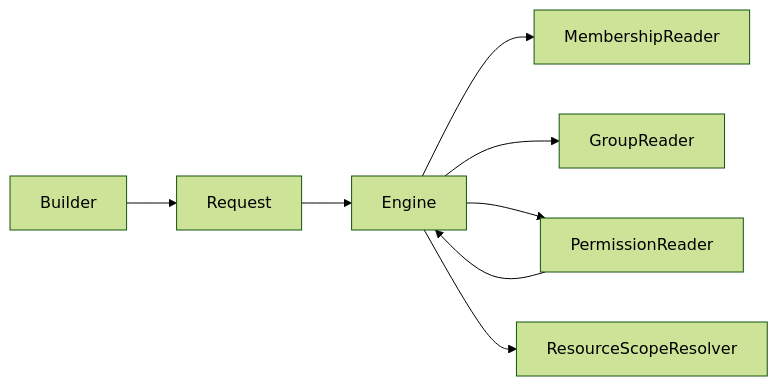
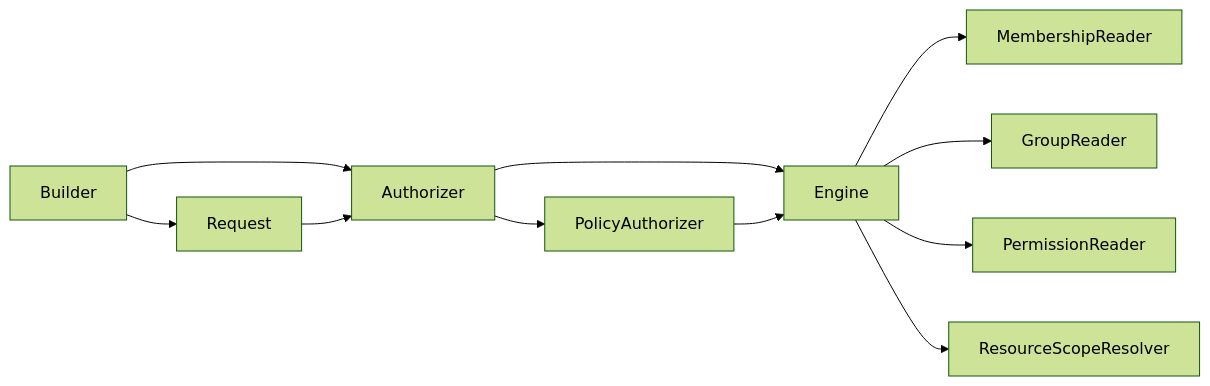
The first of 2 diagrams in README.md (rluders/canery), drawn with Mermaid (forest theme) before and after one commit. The commit also changed other lines of this file and 1 other file, not shown here.

````diff
--- a/README.md
+++ b/README.md
@@ -208,10 +222,13 @@
 ```mermaid
 flowchart LR
-  B[Builder] --> R[Request]
-  P[PolicyAuthorizer] --> E[Engine]
-  R --> E[Engine]
+  B[Builder] --> A[Authorizer]
+  A --> PA[PolicyAuthorizer]
+  A --> E[Engine]
+  PA --> E
+  B --> R[Request]
+  R --> A
   E --> M[MembershipReader]
   E --> G[GroupReader]
-  E --> P[PermissionReader]
+  E --> PR[PermissionReader]
   E --> S[ResourceScopeResolver]
 ```
````
